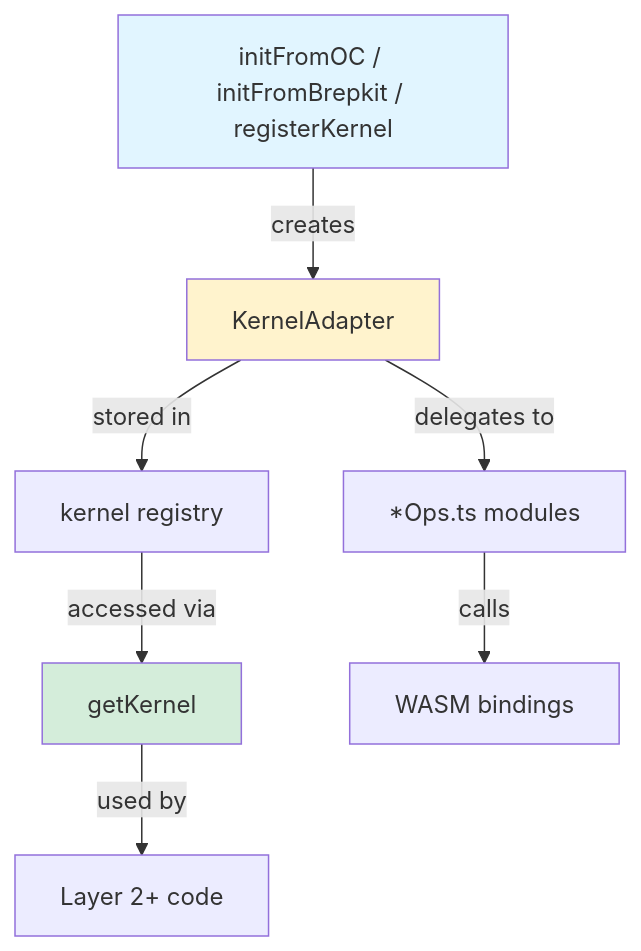
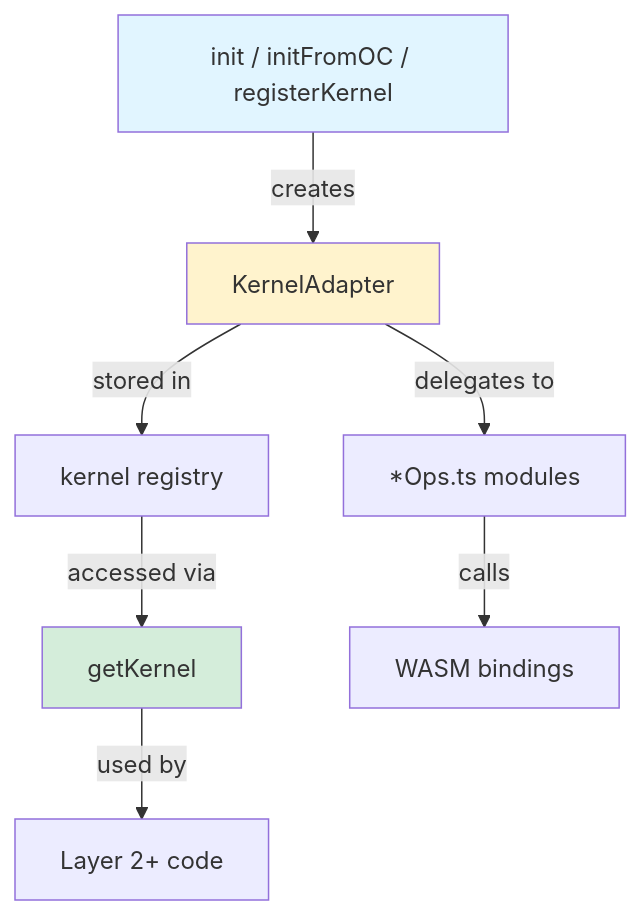
Before and after one commit to ehtick/brepjs: the diagram in src/kernel/README.md, drawn with Mermaid. The commit also changed other lines of this file and 19 other files, not shown here.

````diff
--- a/src/kernel/README.md
+++ b/src/kernel/README.md
@@ -5,13 +5,13 @@
 ```mermaid
 graph TD
-    A[initFromOC / initFromBrepkit / registerKernel] -->|creates| B[KernelAdapter]
+    A[init / initFromOC / registerKernel] -->|creates| B[KernelAdapter]
     B -->|stored in| C[kernel registry]
     C -->|accessed via| D[getKernel]
     D -->|used by| E[Layer 2+ code]
     B -->|delegates to| F[*Ops.ts modules]
     F -->|calls| G[WASM bindings]
 
     style A fill:#e1f5ff
     style B fill:#fff3cd
     style D fill:#d4edda
 ```
````
